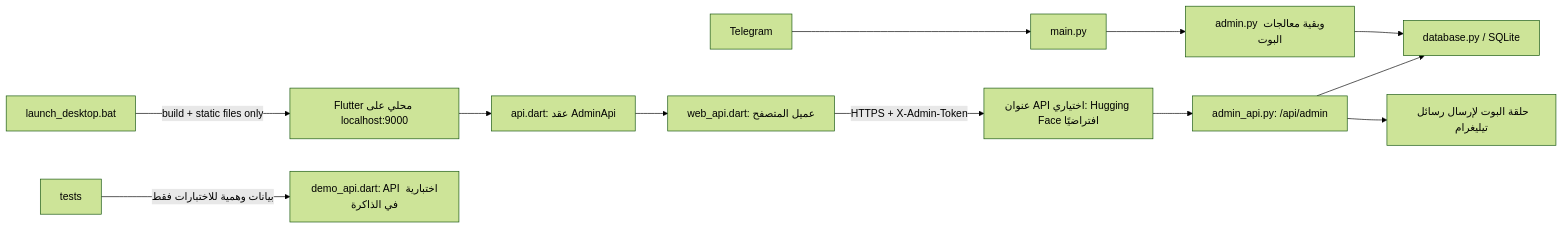
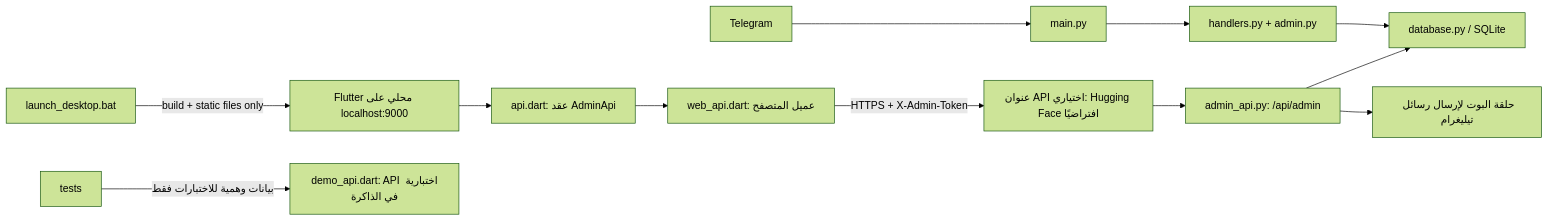
The diagram in PROJECT_MAP.md (ABU-AZZAM-COM/mrw-bot), drawn with Mermaid (forest theme) before and after one commit. The commit also changed other lines of this file and 23 other files, not shown here.

````diff
--- a/PROJECT_MAP.md
+++ b/PROJECT_MAP.md
@@ -11,14 +11,14 @@
 ```mermaid
 flowchart LR
   Telegram --> main[main.py]
-  main --> handlers[admin.py وبقية معالجات البوت]
+  main --> handlers[handlers.py + admin.py]
   handlers --> db[database.py / SQLite]
   dashboard[Flutter محلي على localhost:9000] --> contract[api.dart: عقد AdminApi]
   contract --> web[web_api.dart: عميل المتصفح]
   web -->|HTTPS + X-Admin-Token| remote[عنوان API اختياري: Hugging Face افتراضيًا]
   remote --> api[admin_api.py: /api/admin]
   api --> db
   api --> botloop[حلقة البوت لإرسال رسائل تيليغرام]
   tests -->|بيانات وهمية للاختبارات فقط| demo[demo_api.dart: API اختبارية في الذاكرة]
   launcher[launch_desktop.bat] -->|build + static files only| dashboard
 ```
````
